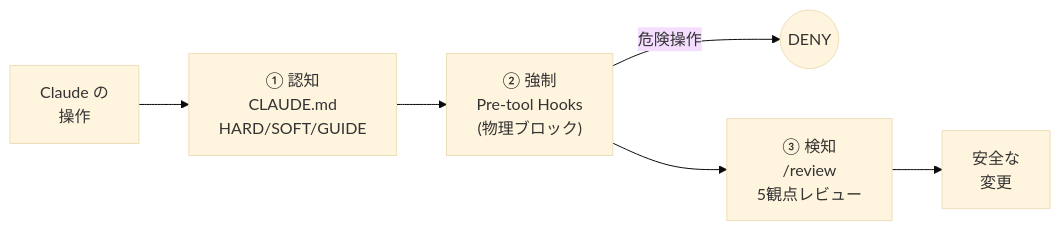
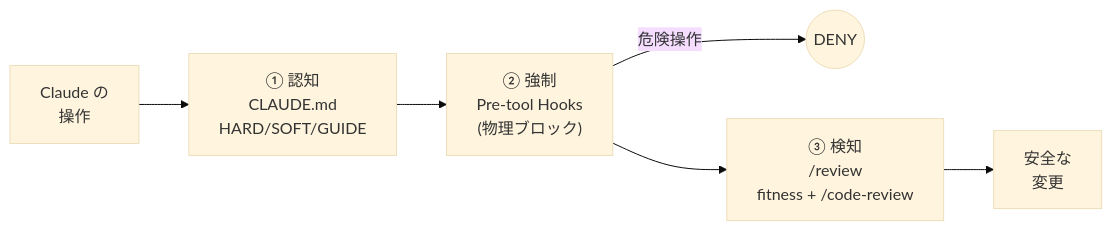
Before and after one commit to SideMountain/claude-code-sidekick: the third of 5 diagrams in README.ja.md, drawn with Mermaid (base theme). The commit also changed other lines of this file and 23 other files, not shown here.

````diff
--- a/README.ja.md
+++ b/README.ja.md
@@ -252,9 +252,9 @@
 ```mermaid
 flowchart LR
     OP["Claude の<br/>操作"] --> L1
     L1["① 認知<br/>CLAUDE.md<br/>HARD/SOFT/GUIDE"] --> L2
     L2["② 強制<br/>Pre-tool Hooks<br/>(物理ブロック)"]
     L2 -->|"危険操作"| DENY(("DENY"))
     L2 --> L3
-    L3["③ 検知<br/>/review<br/>5観点レビュー"] --> SAFE["安全な<br/>変更"]
+    L3["③ 検知<br/>/review<br/>fitness + /code-review"] --> SAFE["安全な<br/>変更"]
 ```
````
